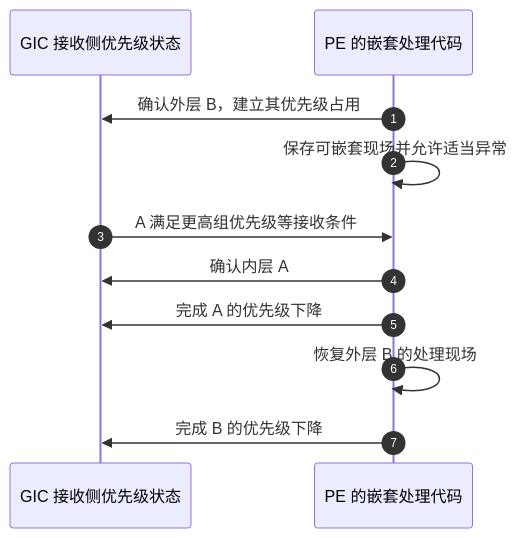
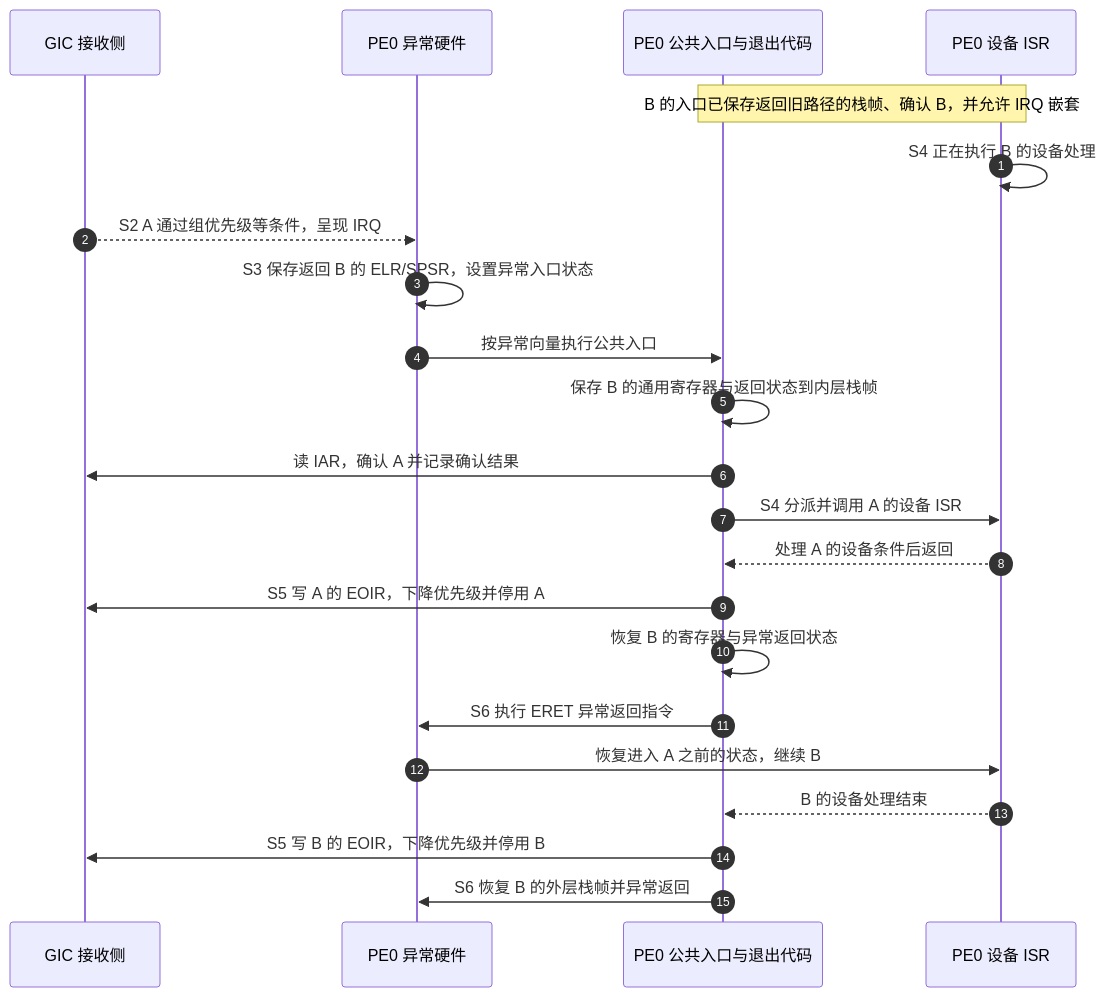
The second of 2 diagrams in platforms/arm/architecture/gic/P05_优先级_屏蔽与嵌套处理.md (FormingSystem/linux_note), drawn with Mermaid before and after one commit. The commit also changed other lines of this file and 4 other files, not shown here.

````diff
--- a/platforms/arm/architecture/gic/P05_优先级_屏蔽与嵌套处理.md
+++ b/platforms/arm/architecture/gic/P05_优先级_屏蔽与嵌套处理.md
@@ -90,13 +159,24 @@
 ```mermaid
 sequenceDiagram
     autonumber
-    participant gic as GIC 接收侧优先级状态
-    participant pe as PE 的嵌套处理代码
-    pe->>gic: 确认外层 B，建立其优先级占用
-    pe->>pe: 保存可嵌套现场并允许适当异常
-    gic->>pe: A 满足更高组优先级等接收条件
-    pe->>gic: 确认内层 A
-    pe->>gic: 完成 A 的优先级下降
-    pe->>pe: 恢复外层 B 的处理现场
-    pe->>gic: 完成 B 的优先级下降
+    participant gic as GIC 接收侧
+    participant pe as PE0 异常硬件
+    participant entry as PE0 公共入口与退出代码
+    participant isr as PE0 设备 ISR
+    Note over entry,isr: B 的入口已保存返回旧路径的栈帧、确认 B，并允许 IRQ 嵌套
+    isr->>isr: S4 正在执行 B 的设备处理
+    gic-->>pe: S2 A 通过组优先级等条件，呈现 IRQ
+    pe->>pe: S3 保存返回 B 的 ELR/SPSR，设置异常入口状态
+    pe->>entry: 按异常向量执行公共入口
+    entry->>entry: 保存 B 的通用寄存器与返回状态到内层栈帧
+    entry->>gic: 读 IAR，确认 A 并记录确认结果
+    entry->>isr: S4 分派并调用 A 的设备 ISR
+    isr-->>entry: 处理 A 的设备条件后返回
+    entry->>gic: S5 写 A 的 EOIR，下降优先级并停用 A
+    entry->>entry: 恢复 B 的寄存器与异常返回状态
+    entry->>pe: S6 执行 ERET 异常返回指令
+    pe->>isr: 恢复进入 A 之前的状态，继续 B
+    isr-->>entry: B 的设备处理结束
+    entry->>gic: S5 写 B 的 EOIR，下降优先级并停用 B
+    entry->>pe: S6 恢复 B 的外层栈帧并异常返回
 ```
````
